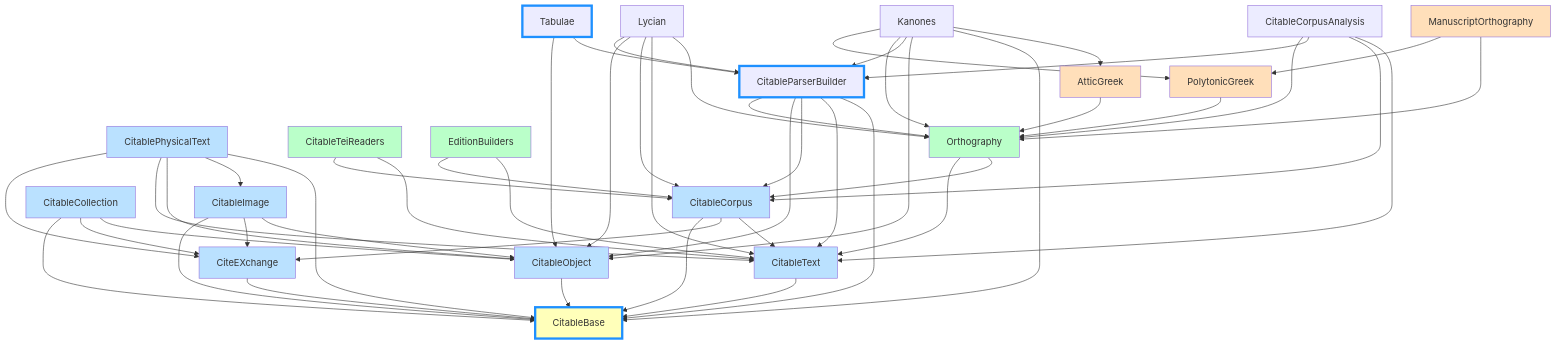
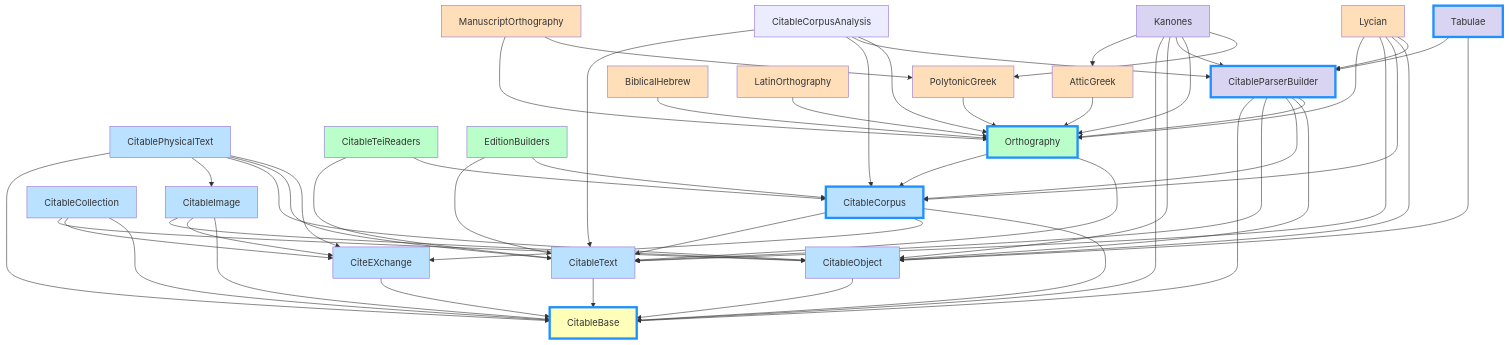
The first of 3 diagrams in digschol/pkg_graph/index.qmd (neelsmith/quart-home), drawn with Mermaid before and after one commit. The commit also changed other lines of this file and 2 other files, not shown here.

Commit message:
Update pkg graph

````diff
--- a/digschol/pkg_graph/index.qmd
+++ b/digschol/pkg_graph/index.qmd
@@ -13,6 +13,7 @@
 CitableCorpus --> CitableText
 CitableCorpus --> CiteEXchange
 CitableCorpus --> CitableBase
+click CitableCorpus "https://neelsmith.quarto.pub/citablecorpus/" "Citable text corpora"
 
 CitableCollection --> CitableObject
 CitableCollection --> CiteEXchange
@@ -40,7 +41,7 @@
 
 Orthography --> CitableCorpus
 Orthography --> CitableText
-
+click Orthography "https://neelsmith.quarto.pub/orthography/" "Orthographic systems"
 
 
 PolytonicGreek --> Orthography
@@ -48,6 +49,8 @@
 ManuscriptOrthography  --> Orthography
 ManuscriptOrthography  --> PolytonicGreek
 
+BiblicalHebrew  --> Orthography
+LatinOrthography --> Orthography
 
 CitableParserBuilder --> CitableBase
 CitableParserBuilder --> CitableText
@@ -95,9 +98,12 @@
 class Orthography,CitableTeiReaders,EditionBuilders mid
 
 classDef ortho fill:#ffdfba
-class PolytonicGreek,AtticGreek,ManuscriptOrthography ortho
+class PolytonicGreek,AtticGreek,ManuscriptOrthography,BiblicalHebrew,LatinOrthography,Lycian ortho
 
 classDef quarto stroke-width:4,stroke:#1E90FF
 
-class CitableBase,CitableParserBuilder,Tabulae quarto
+classDef morph fill:#d8d4f2
+class CitableParserBuilder,Kanones,Tabulae morph
+
+class CitableBase,CitableCorpus,Orthography,CitableParserBuilder,Tabulae quarto
 ```
````
